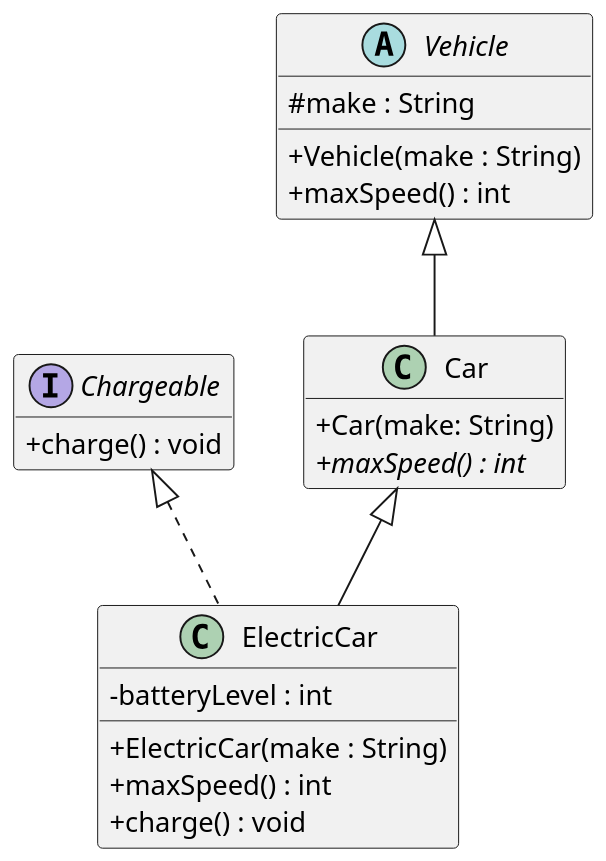
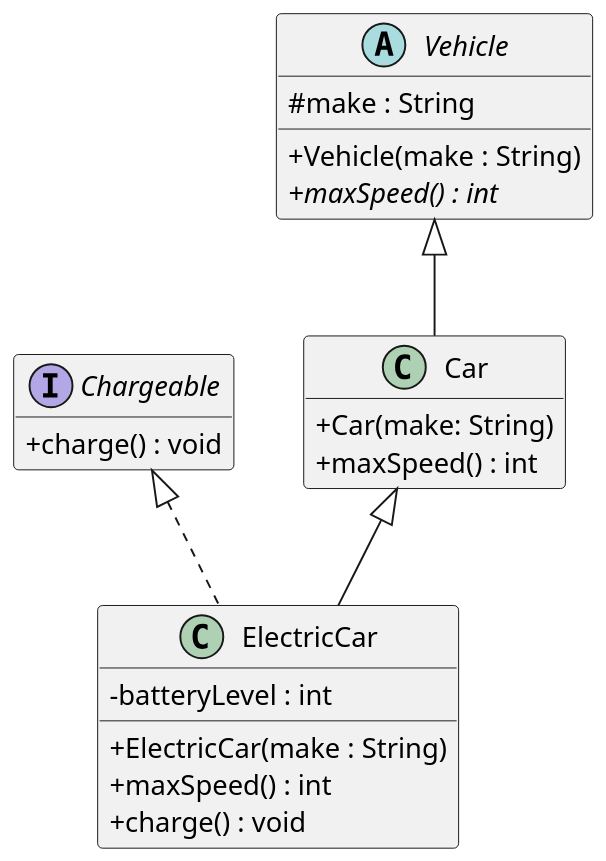
One commit to jkrz15/207-course-notes changed the diagram in plantuml/exercises/vehicles-uml-starter.puml. Above: the diagram before and after it, drawn with PlantUML. The commit also changed other lines of this file, not shown here.

Commit message:
move abstract again

```diff
--- a/plantuml/exercises/vehicles-uml-starter.puml
+++ b/plantuml/exercises/vehicles-uml-starter.puml
@@ -1,48 +1,48 @@
 @startuml
 skinparam dpi 150
 skinparam classAttributeIconSize 0
 hide empty members
 
 ' Your task (Chapter 3, Question 2): draw the UML class diagram for the
 ' Vehicle / Car / ElectricCar / Chargeable code.
 '
 ' Define each type as a box, then connect them with the right arrows. One box
 ' (Chargeable) is filled in as an example — complete the other three and add the
 ' relationships.
 '
 ' PlantUML cheat-sheet:
 '   interface Name { + method() : Type }
 '   abstract class Name { # field : Type }
 '   class Name { - field : Type }
 '   Parent    <|-- Child    ' generalization: Child extends Parent
 '   Interface <|.. Class    ' realization:    Class implements Interface
 ' (Putting the parent/interface on the LEFT of the arrow keeps it on top.)
 
 interface Chargeable {
   + charge() : void
 }
 
 abstract class Vehicle {
     # make : String
     + Vehicle(make : String)
-    + maxSpeed() : int
+    + {abstract} maxSpeed() : int
 }
 
 class Car {
     + Car(make: String)
-    + {abstract} maxSpeed() : int
+    + maxSpeed() : int
 }
 
 class ElectricCar {
     - batteryLevel : int
     + ElectricCar(make : String)
     + maxSpeed() : int
     + charge() : void
 }
 
 Vehicle <|-- Car
 Car <|-- ElectricCar
 Chargeable <|.. ElectricCar
 
 
 @enduml
```
